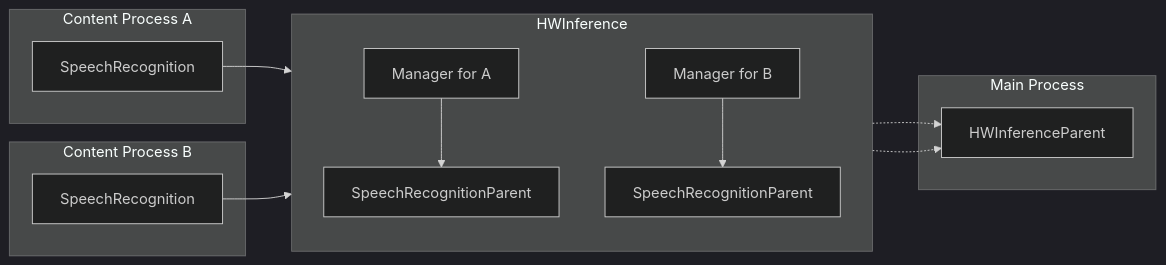
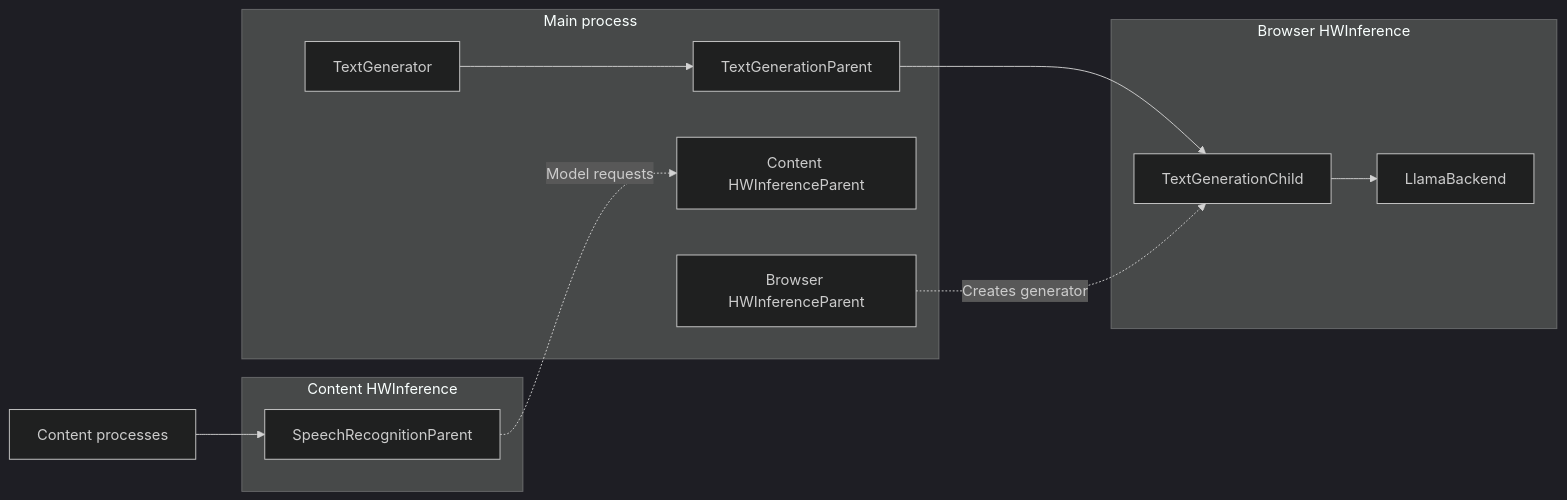
One commit to caugner/firefox-releases changed the first of 3 diagrams in toolkit/components/ml/docs/HWInference.md. Above: the diagram before and after it, drawn with Mermaid (dark theme). The commit also changed other lines of this file and 11133 other files, not shown here.

````diff
--- a/toolkit/components/ml/docs/HWInference.md
+++ b/toolkit/components/ml/docs/HWInference.md
@@ -89,23 +103,18 @@
 ```{mermaid}
-%%{init: {"flowchart": {"htmlLabels": false}}}%%
 flowchart LR
-  subgraph CP1[Content Process A]
-    SR1[SpeechRecognition]
+  CP[Content processes] --> SR[SpeechRecognitionParent]
+  subgraph ContentHW[Content HWInference]
+    SR
   end
-  subgraph CP2[Content Process B]
-    SR2[SpeechRecognition]
+  subgraph Main[Main process]
+    API[TextGenerator] --> TP[TextGenerationParent]
+    CHP[Content HWInferenceParent]
+    BHP[Browser HWInferenceParent]
   end
-  subgraph HWC["HWInference"]
-    direction TB
-    HMP1[Manager for A] --> SRP1[SpeechRecognitionParent]
-    HMP2[Manager for B] --> SRP2[SpeechRecognitionParent]
+  subgraph BrowserHW[Browser HWInference]
+    TC[TextGenerationChild] --> LB[LlamaBackend]
   end
-  subgraph MP[Main Process]
-    HWP["HWInferenceParent"]
-  end
-
-  SR1 --> HMP1
-  SR2 --> HMP2
-  SRP1 -.-> HWP
-  SRP2 -.-> HWP
+  TP --> TC
+  SR -. Model requests .-> CHP
+  BHP -. Creates generator .-> TC
 ```
````
